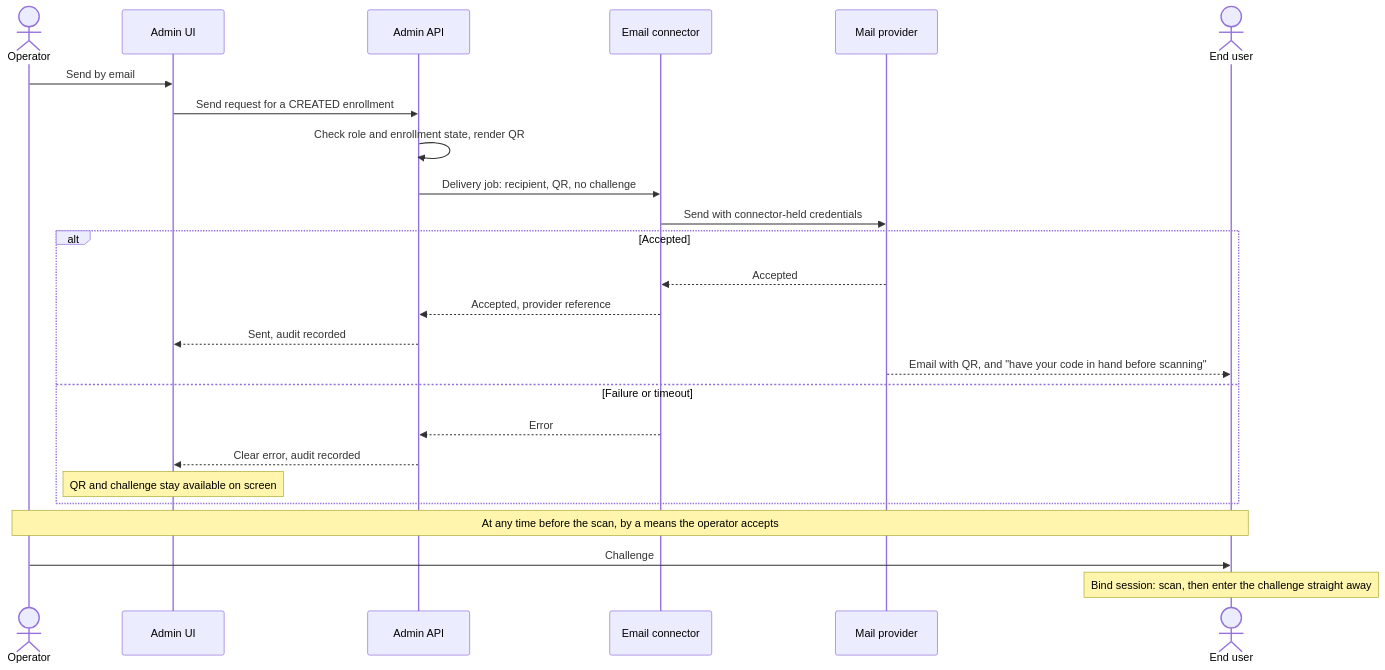
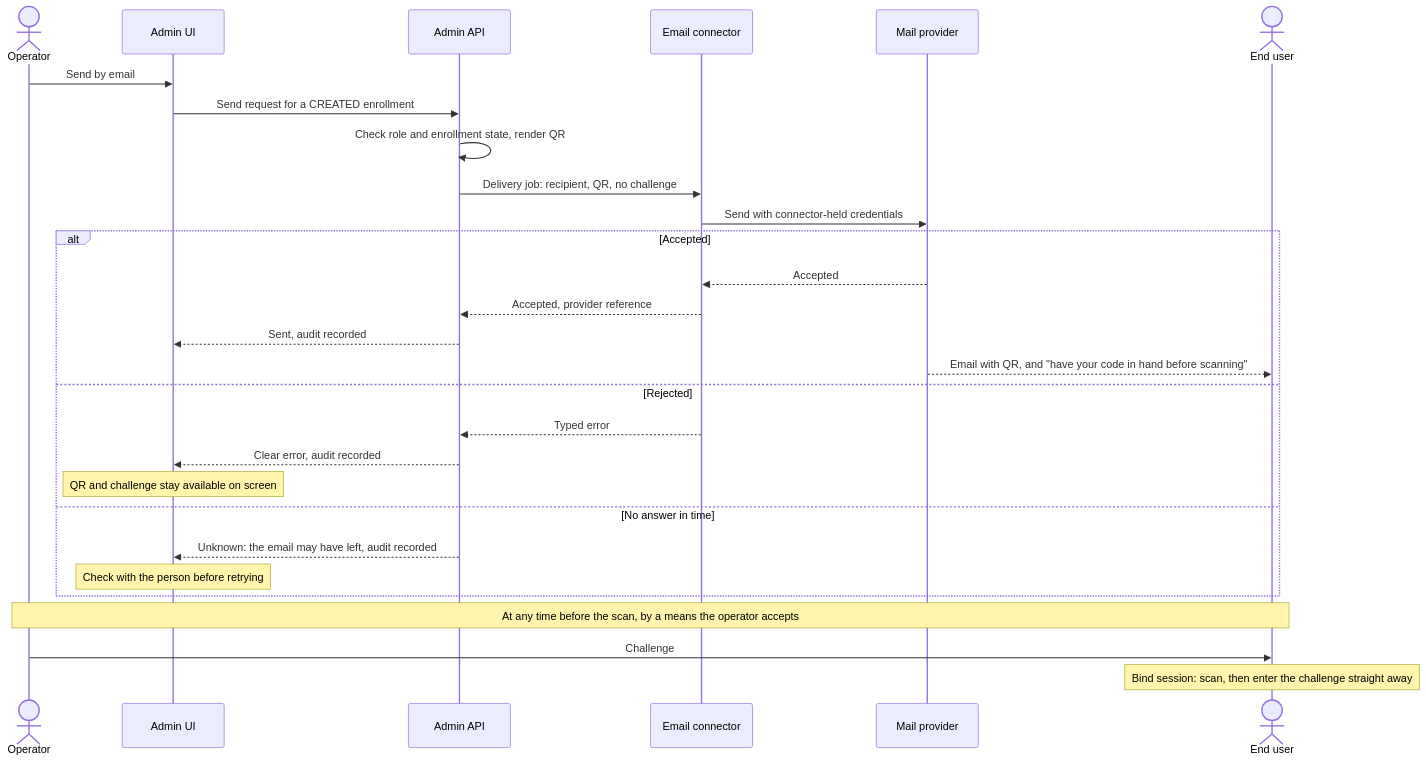
The second of 4 diagrams in product-docs/global/decisions/2026-11-04-connector-spi/README.md (mgagp/ezkey), drawn with Mermaid before and after one commit. The commit also changed other lines of this file and 1 other file, not shown here.

First line of the commit message:
docs(connectors): separate unknown outcomes from failed sends (#1207)

````diff
--- a/product-docs/global/decisions/2026-11-04-connector-spi/README.md
+++ b/product-docs/global/decisions/2026-11-04-connector-spi/README.md
@@ -93,28 +93,31 @@
 ```mermaid
 sequenceDiagram
   actor Op as Operator
   participant UI as Admin UI
   participant API as Admin API
   participant C as Email connector
   participant M as Mail provider
   actor U as End user
 
   Op->>UI: Send by email
   UI->>API: Send request for a CREATED enrollment
   API->>API: Check role and enrollment state, render QR
   API->>C: Delivery job: recipient, QR, no challenge
   C->>M: Send with connector-held credentials
   alt Accepted
     M-->>C: Accepted
     C-->>API: Accepted, provider reference
     API-->>UI: Sent, audit recorded
     M-->>U: Email with QR, and "have your code in hand before scanning"
-  else Failure or timeout
-    C-->>API: Error
+  else Rejected
+    C-->>API: Typed error
     API-->>UI: Clear error, audit recorded
     Note over UI: QR and challenge stay available on screen
+  else No answer in time
+    API-->>UI: Unknown: the email may have left, audit recorded
+    Note over UI: Check with the person before retrying
   end
   Note over Op,U: At any time before the scan, by a means the operator accepts
   Op->>U: Challenge
   Note over U: Bind session: scan, then enter the challenge straight away
 ```
````
